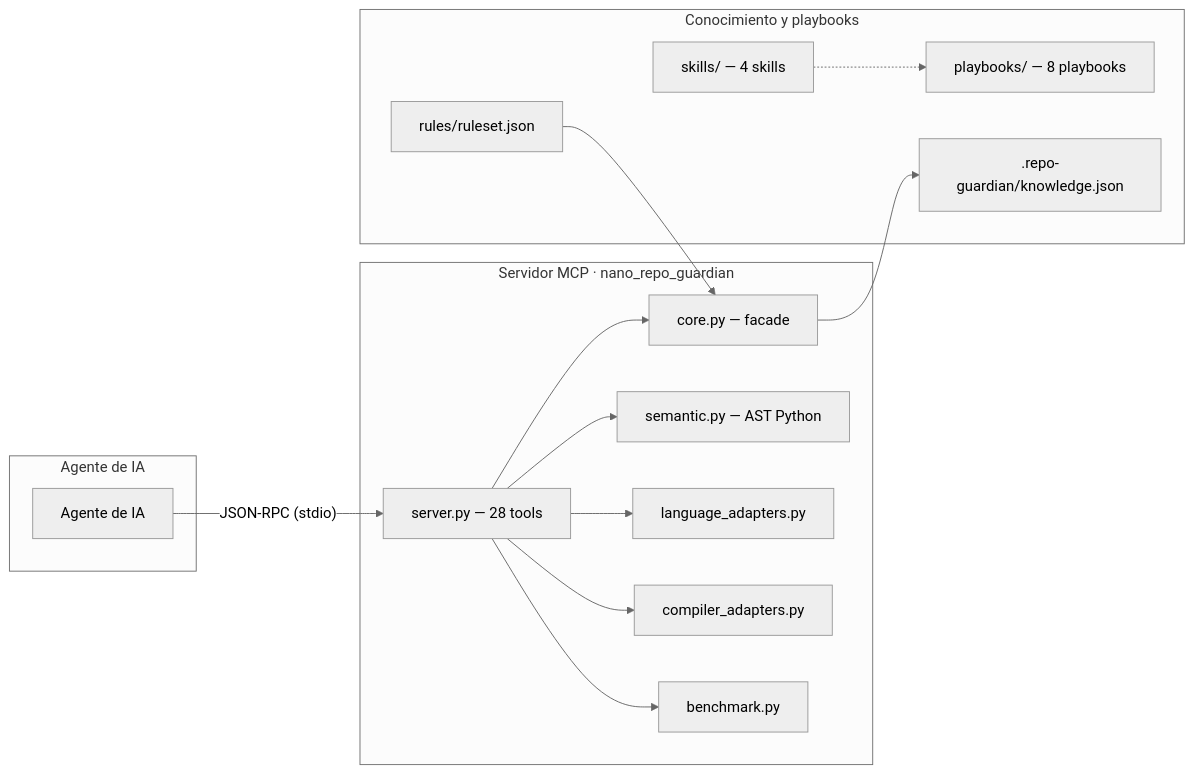
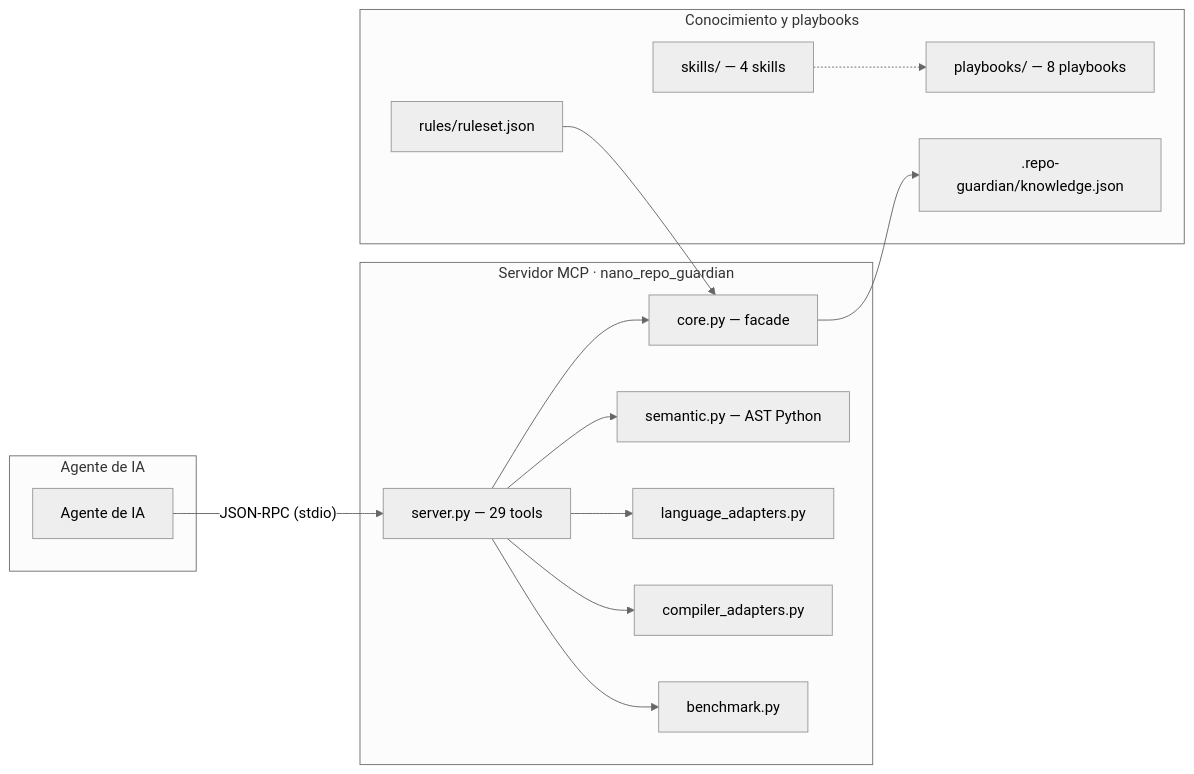
The first of 3 diagrams in README.md (emmahiguita/universal-repo-guardian), drawn with Mermaid (neutral theme) before and after one commit. The commit also changed other lines of this file and 7 other files, not shown here.

````diff
--- a/README.md
+++ b/README.md
@@ -45,30 +45,30 @@
 ```mermaid
 flowchart LR
     subgraph Agente["Agente de IA"]
         AG["Agente de IA"]
     end
     subgraph MCP["Servidor MCP · nano_repo_guardian"]
-        SRV["server.py — 28 tools"]
+        SRV["server.py — 29 tools"]
         CORE["core.py — facade"]
         SEM["semantic.py — AST Python"]
         LANG["language_adapters.py"]
         COMP["compiler_adapters.py"]
         BENCH["benchmark.py"]
     end
     subgraph CON["Conocimiento y playbooks"]
         SK["skills/ — 4 skills"]
         PB["playbooks/ — 8 playbooks"]
         RL["rules/ruleset.json"]
         KB[".repo-guardian/knowledge.json"]
     end
 
     AG -->|"JSON-RPC (stdio)"| SRV
     SRV --> CORE
     SRV --> SEM
     SRV --> LANG
     SRV --> COMP
     SRV --> BENCH
     CORE --> KB
     RL --> CORE
     SK -.-> PB
 ```
````
